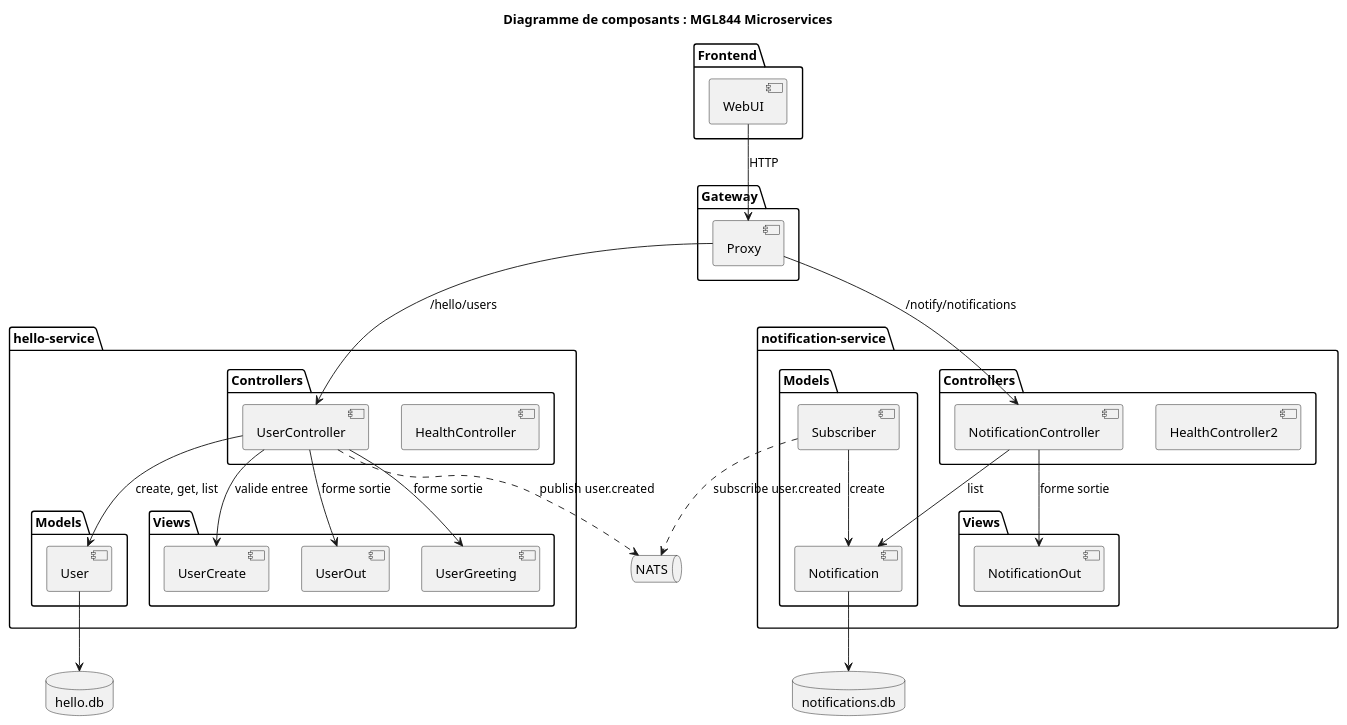
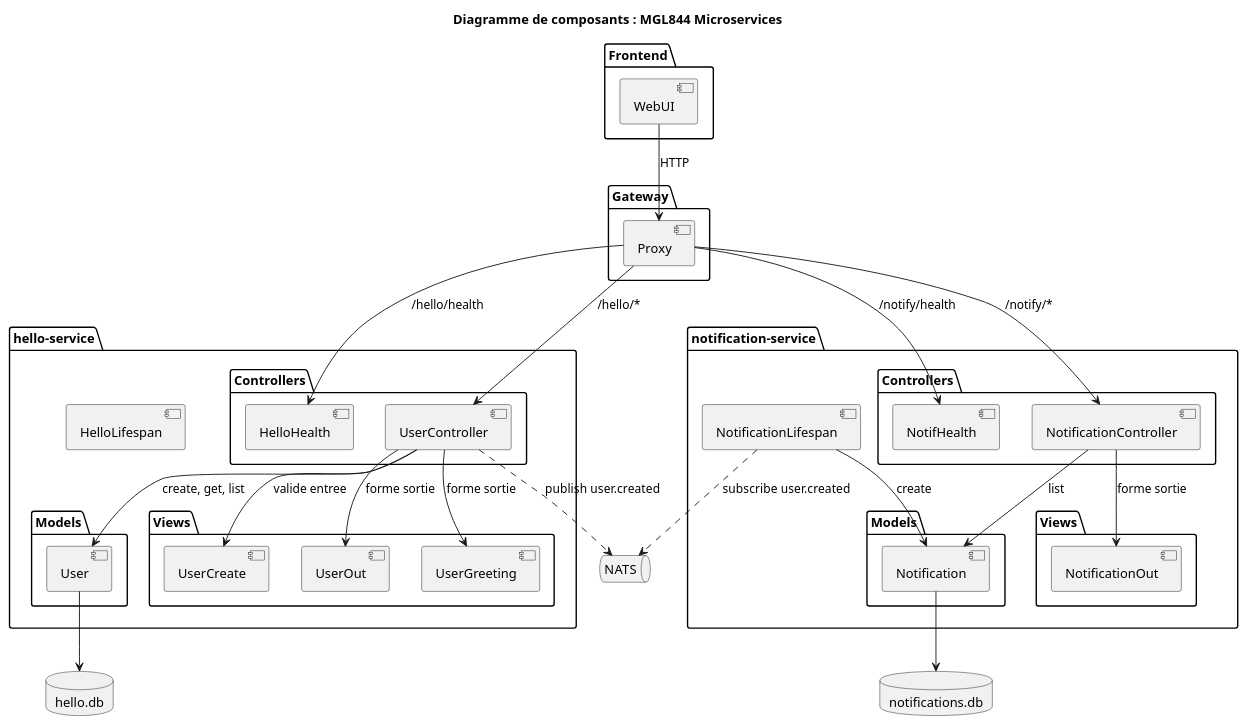
The diagram in doc/component.puml (olry/MGL844-Demo-Microservices), drawn with PlantUML before and after one commit. The commit also changed 39 other files, not shown here.

```diff
--- a/doc/component.puml
+++ b/doc/component.puml
@@ -1,64 +1,67 @@
 @startuml component
 title Diagramme de composants : MGL844 Microservices
 
 package "Frontend" {
     [WebUI]
 }
 
 package "Gateway" {
     [Proxy]
 }
 
 package "hello-service" {
     package "Controllers" as HC {
-        [HealthController]
+        [HelloHealth]
         [UserController]
     }
     package "Models" as HM {
         [User]
     }
     package "Views" as HV {
         [UserCreate]
         [UserOut]
         [UserGreeting]
     }
+    [HelloLifespan]
 }
 
 package "notification-service" {
     package "Controllers" as NC {
-        [HealthController2]
+        [NotifHealth]
         [NotificationController]
     }
     package "Models" as NM {
         [Notification]
-        [Subscriber]
     }
     package "Views" as NV {
         [NotificationOut]
     }
+    [NotificationLifespan]
 }
 
 queue "NATS" as NATS
 database "hello.db" as DBH
 database "notifications.db" as DBN
 
 [WebUI] --> [Proxy] : HTTP
 
-[Proxy] --> [UserController] : /hello/users
-[Proxy] --> [NotificationController] : /notify/notifications
+[Proxy] --> [UserController] : /hello/*
+[Proxy] --> [NotificationController] : /notify/*
+[Proxy] --> [HelloHealth] : /hello/health
+[Proxy] --> [NotifHealth] : /notify/health
 
 [UserController] --> [User] : create, get, list
 [UserController] --> [UserCreate] : valide entree
 [UserController] --> [UserOut] : forme sortie
 [UserController] --> [UserGreeting] : forme sortie
 [UserController] ..> NATS : publish user.created
 
-[Subscriber] ..> NATS : subscribe user.created
-[Subscriber] --> [Notification] : create
+[NotificationLifespan] ..> NATS : subscribe user.created
+[NotificationLifespan] --> [Notification] : create
 [NotificationController] --> [Notification] : list
 [NotificationController] --> [NotificationOut] : forme sortie
 
 [User] --> DBH
 [Notification] --> DBN
 
 @enduml
```
